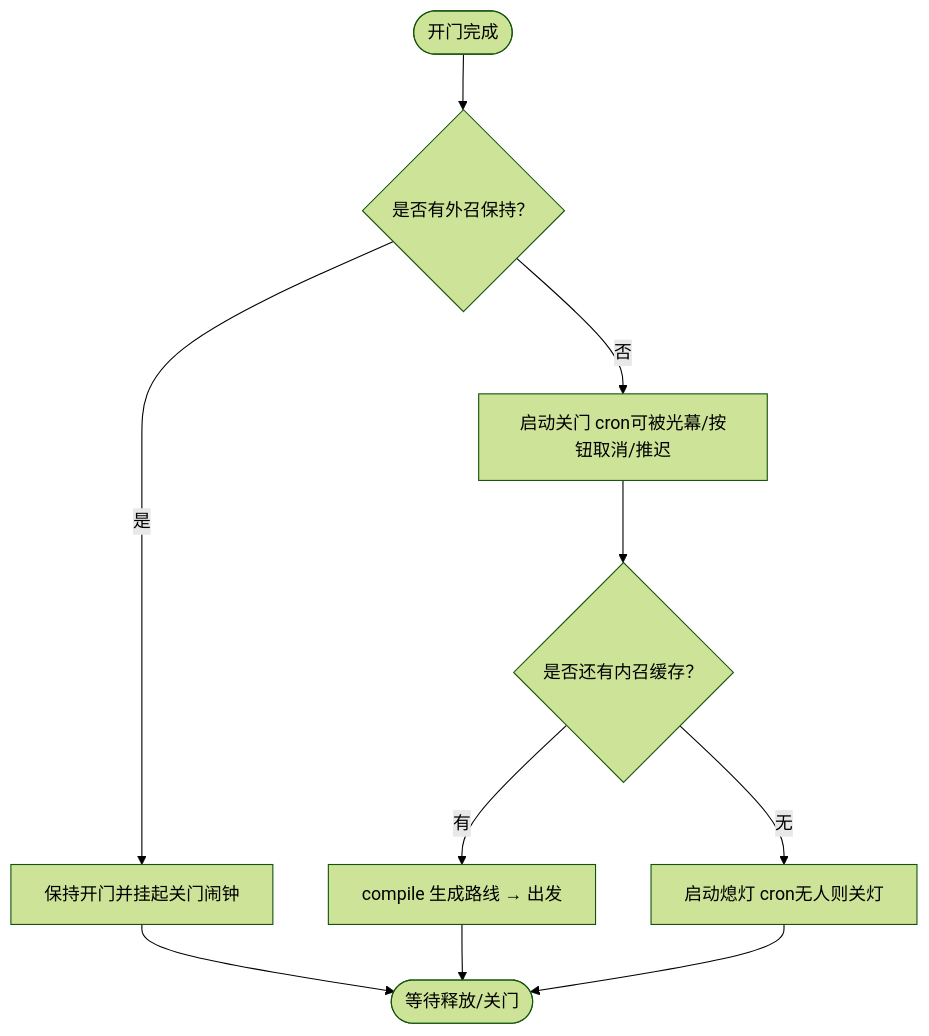
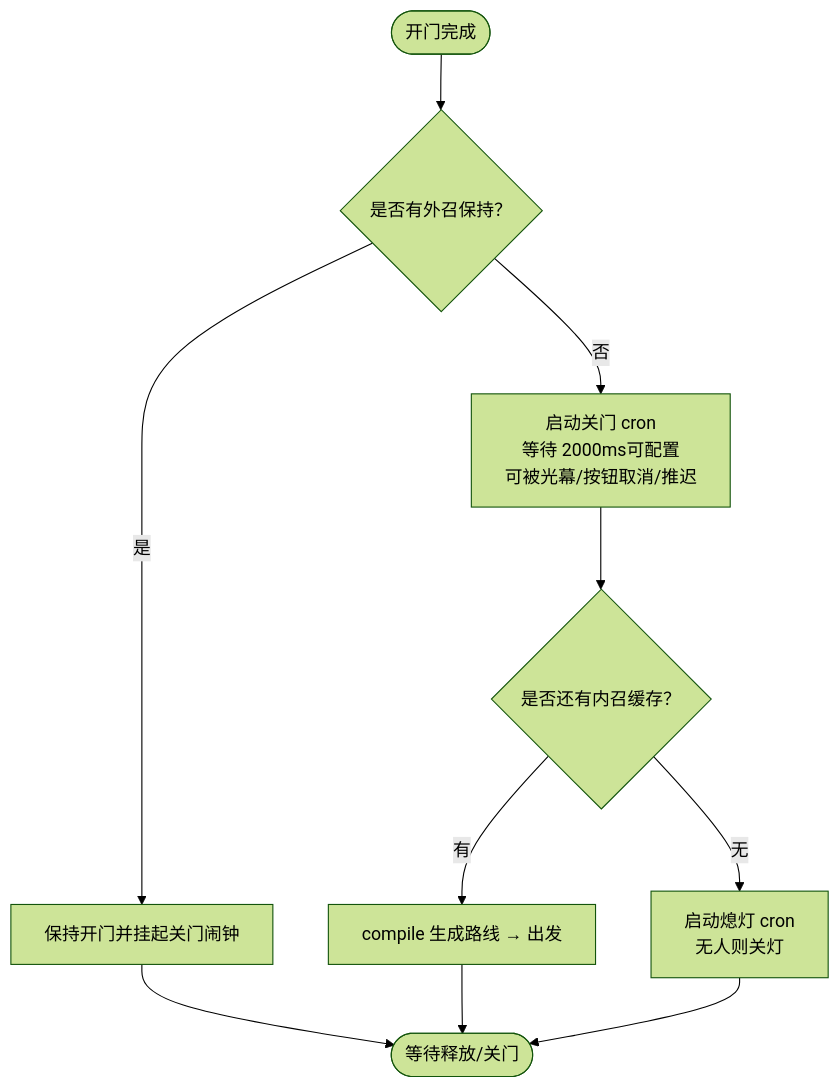
Before and after one commit to xmb505/Haku_EET: the third of 5 diagrams in .qoder/repowiki/zh/content/路线图与未对齐项.md, drawn with Mermaid (forest theme). The commit also changed other lines of this file and 27 other files, not shown here.

````diff
--- a/.qoder/repowiki/zh/content/路线图与未对齐项.md
+++ b/.qoder/repowiki/zh/content/路线图与未对齐项.md
@@ -148,12 +156,12 @@
 ```mermaid
 flowchart TD
 Start(["开门完成"]) --> CheckHall{"是否有外召保持？"}
 CheckHall --> |是| KeepOpen["保持开门并挂起关门闹钟"]
-CheckHall --> |否| ScheduleClose["启动关门 cron可被光幕/按钮取消/推迟"]
+CheckHall --> |否| ScheduleClose["启动关门 cron<br/>等待 2000ms可配置<br/>可被光幕/按钮取消/推迟"]
 ScheduleClose --> LightCheck{"是否还有内召缓存？"}
 LightCheck --> |有| Compile["compile 生成路线 → 出发"]
-LightCheck --> |无| LightsOff["启动熄灯 cron无人则关灯"]
+LightCheck --> |无| LightsOff["启动熄灯 cron<br/>无人则关灯"]
 KeepOpen --> End(["等待释放/关门"])
 Compile --> End
 LightsOff --> End
 ```
````
